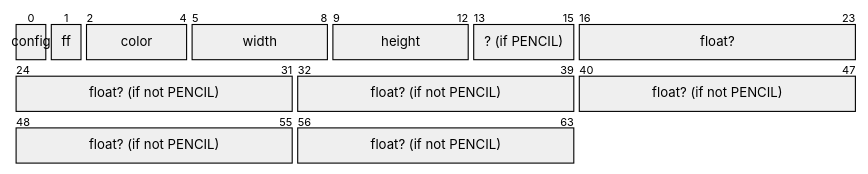
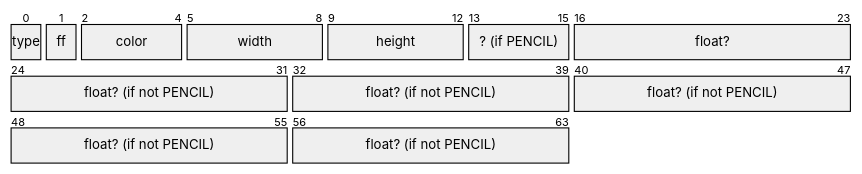
The third of 8 diagrams in README.md (AquaBx/msink-reader), drawn with Mermaid before and after one commit. The commit also changed other lines of this file, not shown here.

````diff
--- a/README.md
+++ b/README.md
@@ -36,19 +36,19 @@
 ```mermaid
 %%{init: { "packet": { "bitsPerRow": 24 } }}%%
 ---
 title: "Brush"
 ---
 packet
-+1: "config"
++1: "type"
 +1: "ff"
 +3: "color"
 +4: "width"
 +4: "height"
 +3: "? (if PENCIL)"
 +8: "float?"
 +8: "float? (if not PENCIL)"
 +8: "float? (if not PENCIL)"
 +8: "float? (if not PENCIL)"
 +8: "float? (if not PENCIL)"
 +8: "float? (if not PENCIL)"
 ```
````
